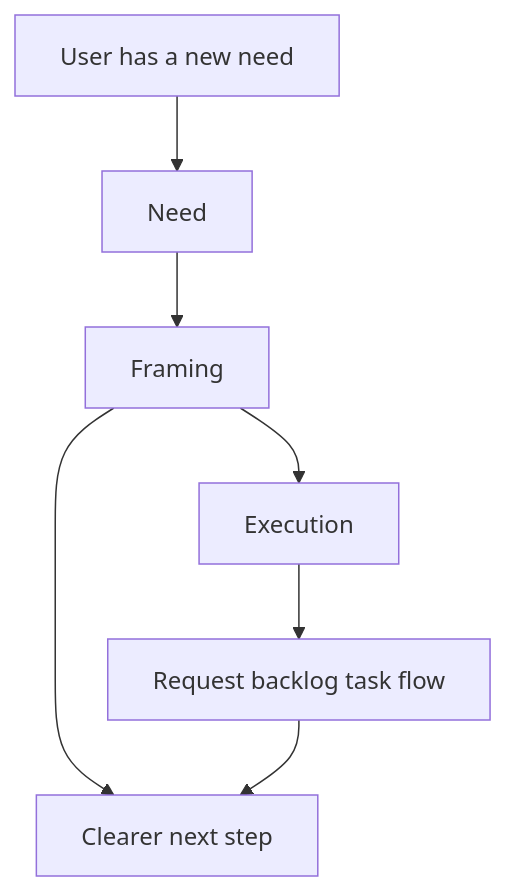
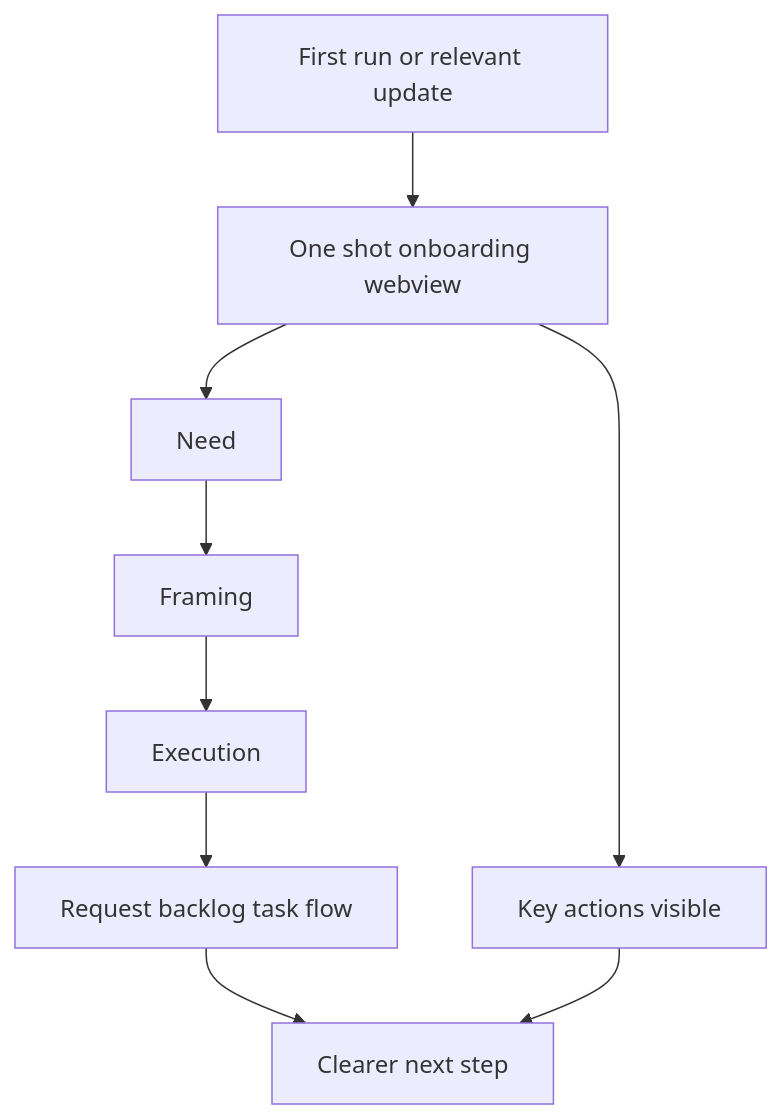
Before and after one commit to AlexAgo83/logics-manager: the diagram in logics/request/req_119_three_step_onboarding_for_need_framing_and_execution.md, drawn with Mermaid. The commit also changed other lines of this file and 5 other files, not shown here.

Commit message:
Update Logics planning and workflow docs

````diff
--- a/logics/request/req_119_three_step_onboarding_for_need_framing_and_execution.md
+++ b/logics/request/req_119_three_step_onboarding_for_need_framing_and_execution.md
@@ -27,11 +30,13 @@
 ```mermaid
 %% logics-kind: request
-%% logics-signature: request|three-step-onboarding-for-need-framing-a|make-the-logics-workflow-understandable-|ac1-the-product-exposes-three-clearly
+%% logics-signature: request|three-step-onboarding-for-need-framing-a|make-the-logics-workflow-understandable-|ac1-the-product-exposes-a-dedicated
 flowchart TD
-    Entry[User has a new need] --> Need[Need]
+    Launch[First run or relevant update] --> Onboarding[One shot onboarding webview]
+    Onboarding --> Need[Need]
     Need --> Framing[Framing]
     Framing --> Execution[Execution]
     Execution --> Internal[Request backlog task flow]
-    Framing --> Outcome[Clearer next step]
-    Internal --> Outcome
+    Onboarding --> Actions[Key actions visible]
+    Internal --> Outcome[Clearer next step]
+    Actions --> Outcome
 ```
````
